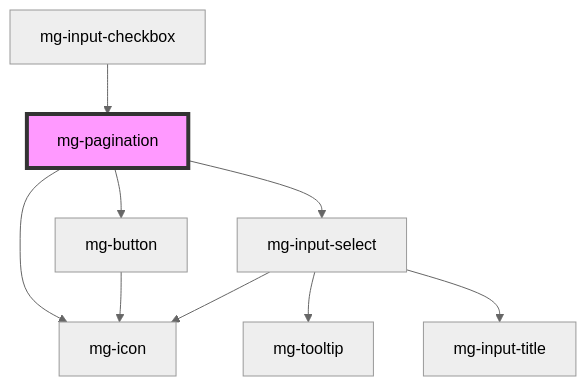
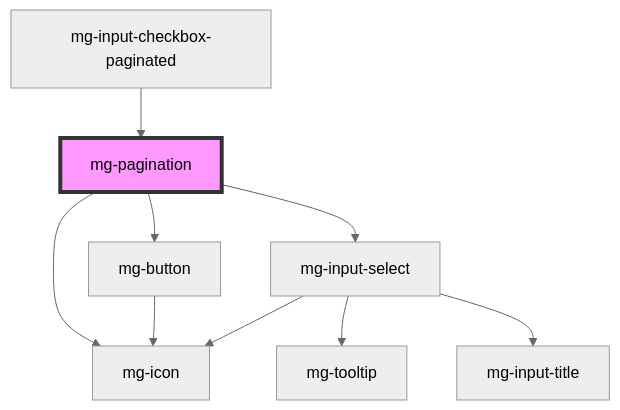
One commit to MGDIS/core-ui changed the diagram in packages/mg-components/src/components/molecules/mg-pagination/readme.md. Above: the diagram before and after it, drawn with Mermaid (neutral theme). The commit also changed other lines of this file and 32 other files, not shown here.

First line of the commit message:
feat(mgInputCheckbox): init section on component

````diff
--- a/packages/mg-components/src/components/molecules/mg-pagination/readme.md
+++ b/packages/mg-components/src/components/molecules/mg-pagination/readme.md
@@ -47,12 +48,12 @@
 ```mermaid
 graph TD;
   mg-pagination --> mg-button
   mg-pagination --> mg-icon
   mg-pagination --> mg-input-select
   mg-button --> mg-icon
   mg-input-select --> mg-tooltip
   mg-input-select --> mg-icon
   mg-input-select --> mg-input-title
-  mg-input-checkbox --> mg-pagination
+  mg-input-checkbox-paginated --> mg-pagination
   style mg-pagination fill:#f9f,stroke:#333,stroke-width:4px
 ```
````
